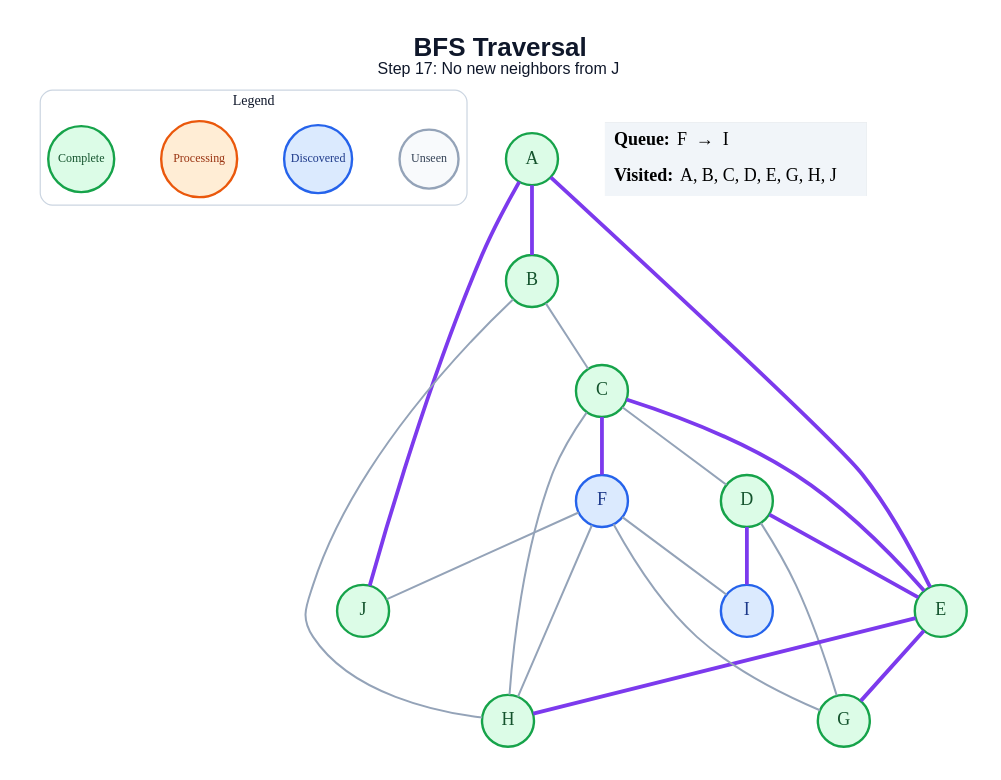
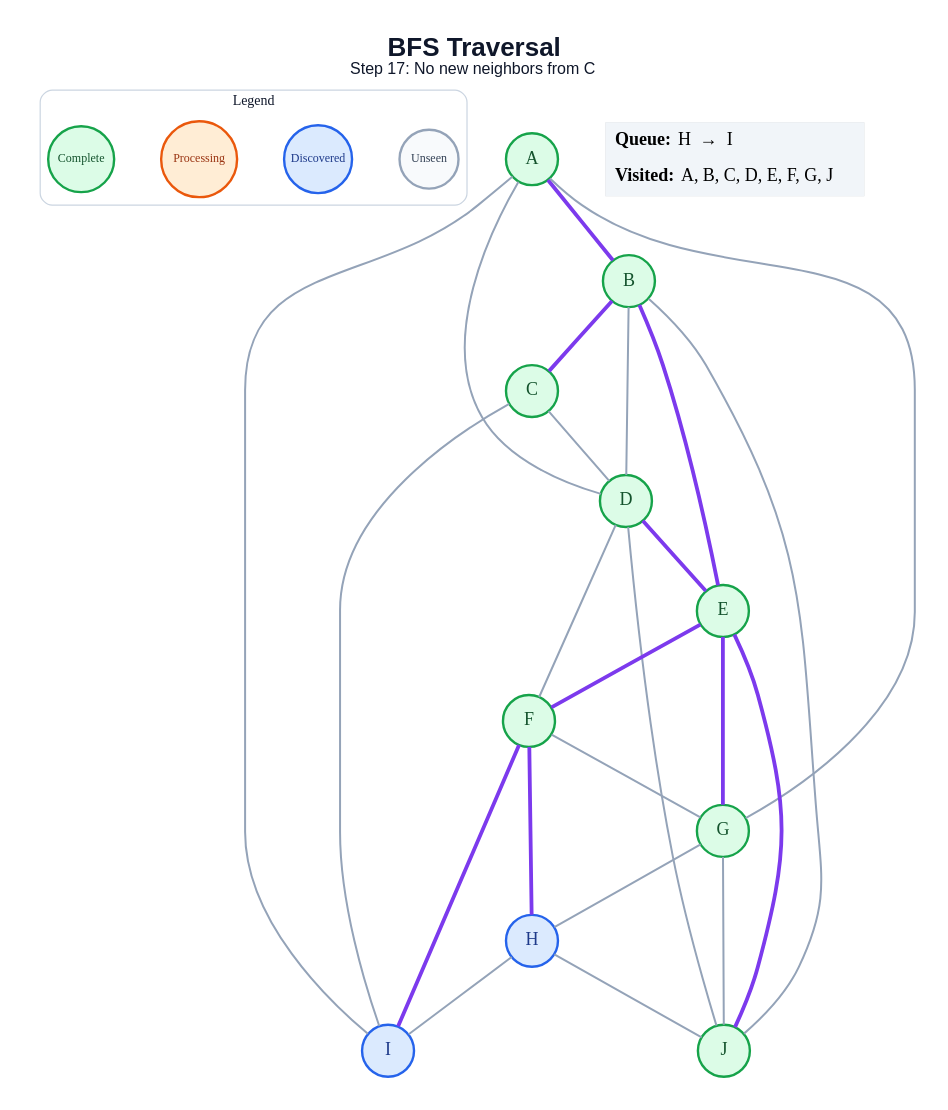
Before and after one commit to amanghodawala9/ai-slop: the diagram in generated/specific-node/bfs/step_17.dot, drawn with Graphviz. The commit also changed 178 other files, not shown here.

```diff
--- a/generated/specific-node/bfs/step_17.dot
+++ b/generated/specific-node/bfs/step_17.dot
@@ -1,47 +1,52 @@
 graph traversal {
   graph [layout=dot, rankdir=TB, bgcolor="#FFFFFF", pad="0.35", nodesep="0.65", ranksep="0.8", fontname="Arial"];
   node [shape=circle, style="filled", fontname="Arial Bold", fontsize=18, width=0.72, fixedsize=true, penwidth=2.4];
   edge [color="#94A3B8", penwidth=2.0];
-  label=<<B>BFS Traversal</B><BR/><FONT POINT-SIZE="16">Step 17: No new neighbors from J</FONT>>; labelloc="t"; fontsize=26; fontname="Arial"; fontcolor="#0F172A";
+  label=<<B>BFS Traversal</B><BR/><FONT POINT-SIZE="16">Step 17: No new neighbors from C</FONT>>; labelloc="t"; fontsize=26; fontname="Arial"; fontcolor="#0F172A";
   subgraph cluster_legend { label="Legend"; color="#CBD5E1"; penwidth=1.2; style="rounded"; fontsize=14; fontname="Arial Bold";
     key_unseen [label="Unseen", fillcolor="#F8FAFC", color="#94A3B8", fontcolor="#334155", fontsize=12, width=0.82];
     key_frontier [label="Discovered", fillcolor="#DBEAFE", color="#2563EB", fontcolor="#1E3A8A", fontsize=12, width=0.95];
     key_current [label="Processing", fillcolor="#FFEDD5", color="#EA580C", fontcolor="#9A3412", fontsize=12, width=1.05];
     key_done [label="Complete", fillcolor="#DCFCE7", color="#16A34A", fontcolor="#14532D", fontsize=12, width=0.92];
     { rank=same; key_unseen; key_frontier; key_current; key_done; }
   }
   A [fillcolor="#DCFCE7", color="#16A34A", fontcolor="#14532D"];
   B [fillcolor="#DCFCE7", color="#16A34A", fontcolor="#14532D"];
   C [fillcolor="#DCFCE7", color="#16A34A", fontcolor="#14532D"];
   D [fillcolor="#DCFCE7", color="#16A34A", fontcolor="#14532D"];
   E [fillcolor="#DCFCE7", color="#16A34A", fontcolor="#14532D"];
-  F [fillcolor="#DBEAFE", color="#2563EB", fontcolor="#1E3A8A"];
+  F [fillcolor="#DCFCE7", color="#16A34A", fontcolor="#14532D"];
   G [fillcolor="#DCFCE7", color="#16A34A", fontcolor="#14532D"];
-  H [fillcolor="#DCFCE7", color="#16A34A", fontcolor="#14532D"];
+  H [fillcolor="#DBEAFE", color="#2563EB", fontcolor="#1E3A8A"];
   I [fillcolor="#DBEAFE", color="#2563EB", fontcolor="#1E3A8A"];
   J [fillcolor="#DCFCE7", color="#16A34A", fontcolor="#14532D"];
   A -- B [color="#7C3AED", penwidth=3.8];
-  A -- E [color="#7C3AED", penwidth=3.8];
-  A -- J [color="#7C3AED", penwidth=3.8];
-  B -- C;
-  B -- H;
+  A -- D;
+  A -- G;
+  A -- I;
+  B -- C [color="#7C3AED", penwidth=3.8];
+  B -- D;
+  B -- E [color="#7C3AED", penwidth=3.8];
+  B -- J;
   C -- D;
-  C -- E [color="#7C3AED", penwidth=3.8];
-  C -- F [color="#7C3AED", penwidth=3.8];
-  C -- H;
+  C -- I;
   D -- E [color="#7C3AED", penwidth=3.8];
-  D -- G;
-  D -- I [color="#7C3AED", penwidth=3.8];
+  D -- F;
+  D -- J;
+  E -- F [color="#7C3AED", penwidth=3.8];
   E -- G [color="#7C3AED", penwidth=3.8];
-  E -- H [color="#7C3AED", penwidth=3.8];
+  E -- J [color="#7C3AED", penwidth=3.8];
   F -- G;
-  F -- H;
-  F -- I;
-  F -- J;
+  F -- H [color="#7C3AED", penwidth=3.8];
+  F -- I [color="#7C3AED", penwidth=3.8];
+  G -- H;
+  G -- J;
+  H -- I;
+  H -- J;
   status [shape=plain, fixedsize=false, width=0, height=0, margin=0, label=<
     <TABLE BORDER="0" CELLBORDER="0" CELLPADDING="7" BGCOLOR="#F1F5F9">
-      <TR><TD ALIGN="LEFT"><B>Queue:</B> F  →  I</TD></TR>
-      <TR><TD ALIGN="LEFT"><B>Visited:</B> A, B, C, D, E, G, H, J</TD></TR>
+      <TR><TD ALIGN="LEFT"><B>Queue:</B> H  →  I</TD></TR>
+      <TR><TD ALIGN="LEFT"><B>Visited:</B> A, B, C, D, E, F, G, J</TD></TR>
     </TABLE>
   >];
 }
```
